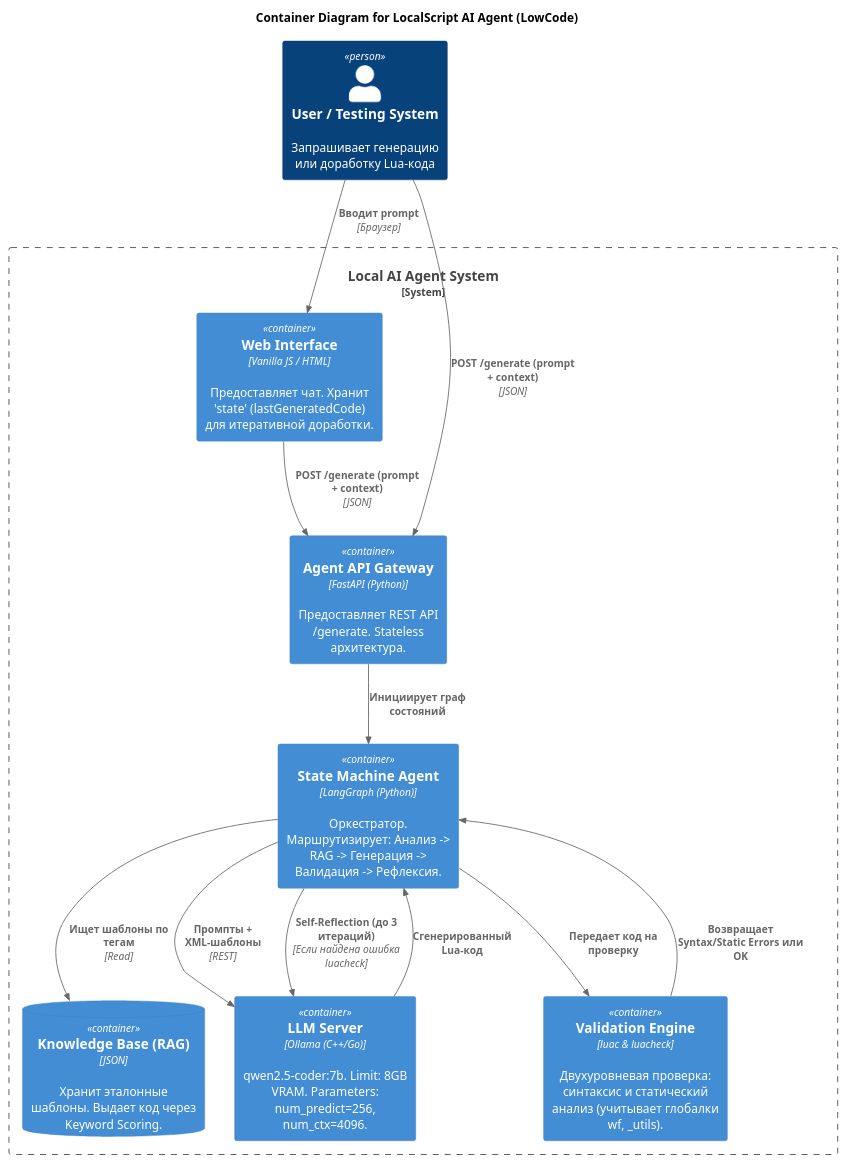
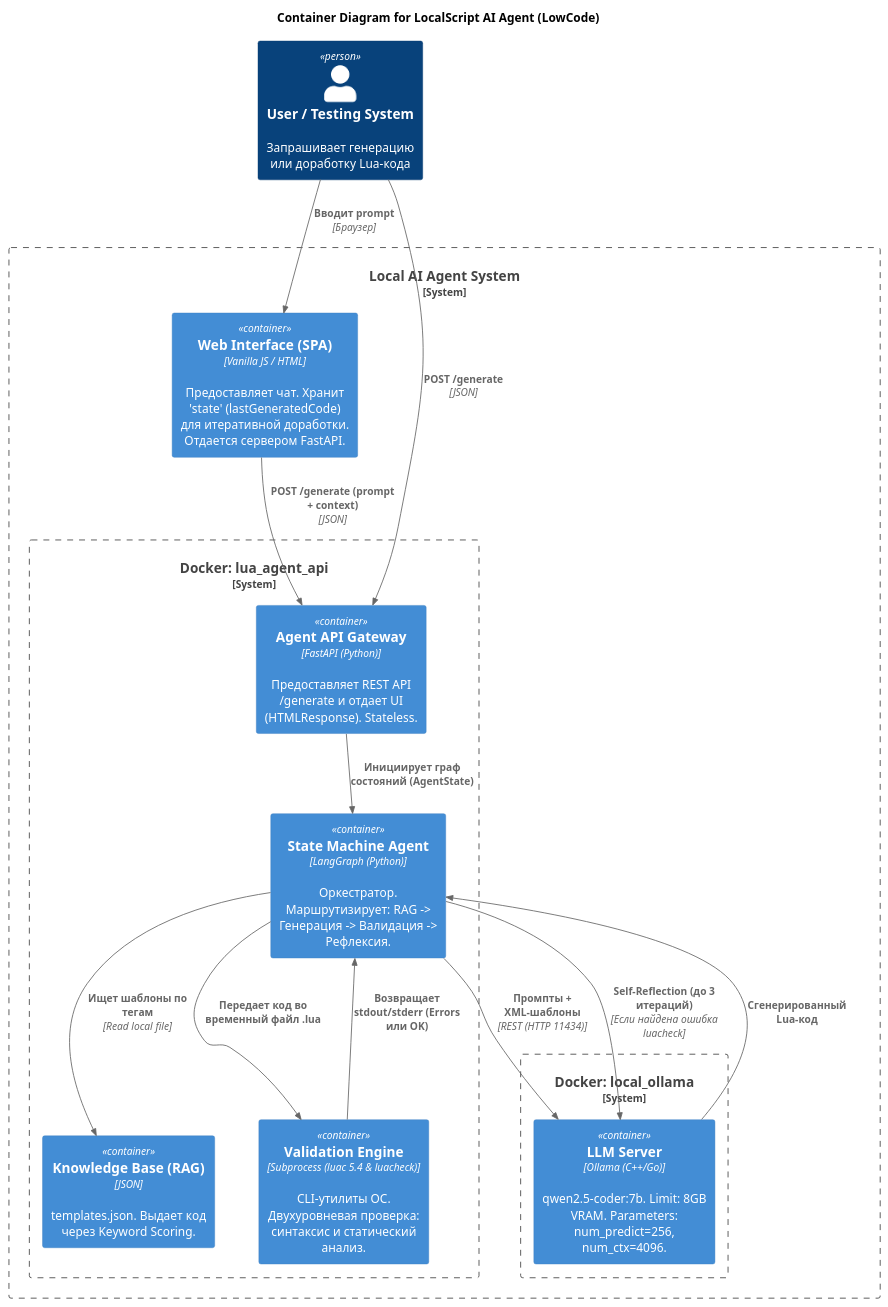
The diagram in architecture.puml (Ultramind-67/lua-ai-agent), drawn with PlantUML before and after one commit. The commit also changed other lines of this file and 2 other files, not shown here.

```diff
--- a/architecture.puml
+++ b/architecture.puml
@@ -2,37 +1,41 @@
 @startuml C4_Container
 !include https://raw.githubusercontent.com/plantuml-stdlib/C4-PlantUML/master/C4_Container.puml
 
 title Container Diagram for LocalScript AI Agent (LowCode)
 
 Person(user, "User / Testing System", "Запрашивает генерацию или доработку Lua-кода")
 
-System_Boundary(c1, "Local AI Agent System") {
+System_Boundary(system, "Local AI Agent System") {
 
-    Container(ui, "Web Interface", "Vanilla JS / HTML", "Предоставляет чат. Хранит 'state' (lastGeneratedCode) для итеративной доработки.")
+    Container(ui, "Web Interface (SPA)", "Vanilla JS / HTML", "Предоставляет чат. Хранит 'state' (lastGeneratedCode) для итеративной доработки. Отдается сервером FastAPI.")
 
-    Container(api, "Agent API Gateway", "FastAPI (Python)", "Предоставляет REST API /generate. Stateless архитектура.")
+    System_Boundary(agent_container, "Docker: lua_agent_api") {
+        Container(api, "Agent API Gateway", "FastAPI (Python)", "Предоставляет REST API /generate и отдает UI (HTMLResponse). Stateless.")
 
-    Container(langgraph, "State Machine Agent", "LangGraph (Python)", "Оркестратор. Маршрутизирует: Анализ -> RAG -> Генерация -> Валидация -> Рефлексия.")
+        Container(langgraph, "State Machine Agent", "LangGraph (Python)", "Оркестратор. Маршрутизирует: RAG -> Генерация -> Валидация -> Рефлексия.")
 
-    ContainerDb(templates, "Knowledge Base (RAG)", "JSON", "Хранит эталонные шаблоны. Выдает код через Keyword Scoring.")
+        Container(templates, "Knowledge Base (RAG)", "JSON", "templates.json. Выдает код через Keyword Scoring.")
 
-    Container(ollama, "LLM Server", "Ollama (C++/Go)", "qwen2.5-coder:7b. Limit: 8GB VRAM. Parameters: num_predict=256, num_ctx=4096.")
+        Container(linter, "Validation Engine", "Subprocess (luac 5.4 & luacheck)", "CLI-утилиты ОС. Двухуровневая проверка: синтаксис и статический анализ.")
+    }
 
-    Container(linter, "Validation Engine", "luac & luacheck", "Двухуровневая проверка: синтаксис и статический анализ (учитывает глобалки wf, _utils).")
+    System_Boundary(ollama_container, "Docker: local_ollama") {
+        Container(ollama, "LLM Server", "Ollama (C++/Go)", "qwen2.5-coder:7b. Limit: 8GB VRAM. Parameters: num_predict=256, num_ctx=4096.")
+    }
 }
 
 Rel(user, ui, "Вводит prompt", "Браузер")
-Rel(user, api, "POST /generate (prompt + context)", "JSON")
+Rel(user, api, "POST /generate", "JSON")
 Rel(ui, api, "POST /generate (prompt + context)", "JSON")
 
-Rel(api, langgraph, "Инициирует граф состояний")
-Rel(langgraph, templates, "Ищет шаблоны по тегам", "Read")
-Rel(langgraph, ollama, "Промпты + XML-шаблоны", "REST")
+Rel(api, langgraph, "Инициирует граф состояний (AgentState)")
+Rel(langgraph, templates, "Ищет шаблоны по тегам", "Read local file")
+Rel(langgraph, ollama, "Промпты + XML-шаблоны", "REST (HTTP 11434)")
 Rel(ollama, langgraph, "Сгенерированный Lua-код")
 
-Rel(langgraph, linter, "Передает код на проверку")
-Rel(linter, langgraph, "Возвращает Syntax/Static Errors или OK")
+Rel(langgraph, linter, "Передает код во временный файл .lua")
+Rel(linter, langgraph, "Возвращает stdout/stderr (Errors или OK)")
 
 Rel(langgraph, ollama, "Self-Reflection (до 3 итераций)", "Если найдена ошибка luacheck")
 
 @enduml
```
